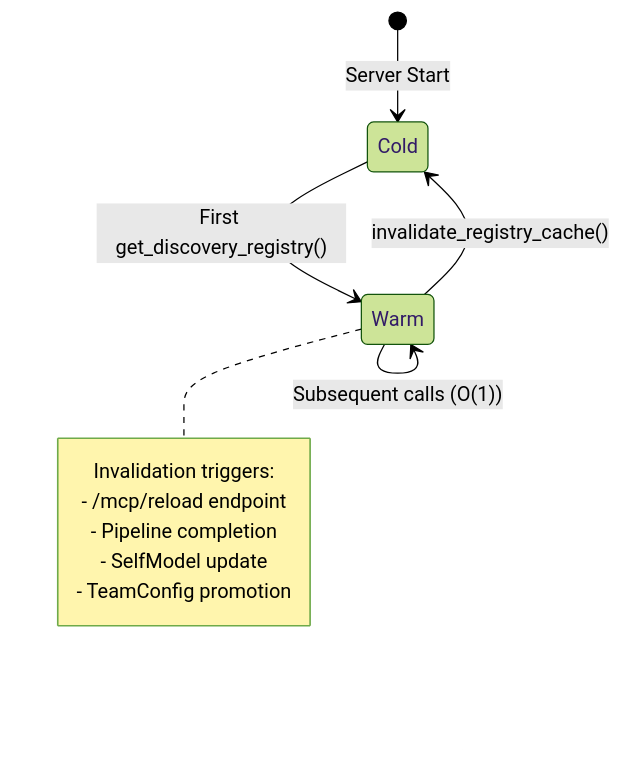
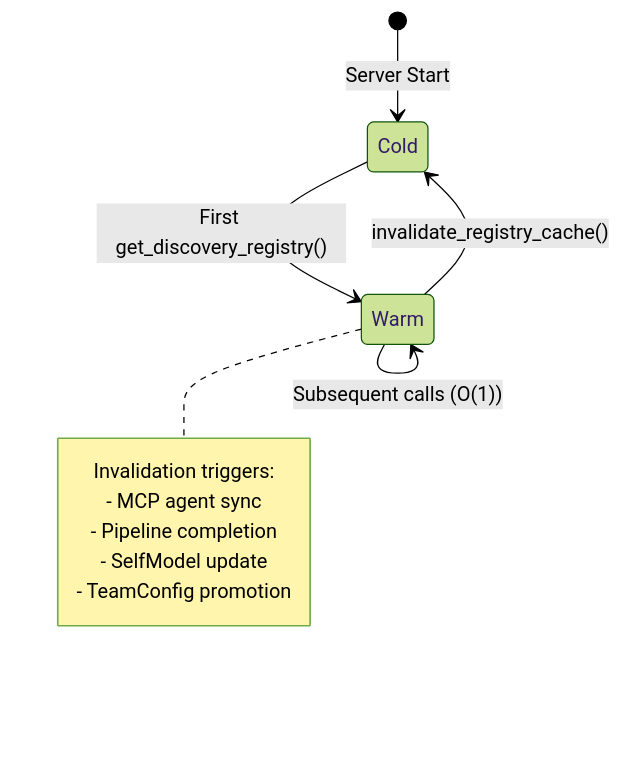
Before and after one commit to Knuckles-Team/agent-utilities: the second of 3 diagrams in docs/guides/first-principles.md, drawn with Mermaid (forest theme). The commit also changed other lines of this file and 556 other files, not shown here.

````diff
--- a/docs/guides/first-principles.md
+++ b/docs/guides/first-principles.md
@@ -87,15 +87,15 @@
 ```mermaid
 stateDiagram-v2
     [*] --> Cold: Server Start
     Cold --> Warm: First get_discovery_registry()
     Warm --> Warm: Subsequent calls (O(1))
     Warm --> Cold: invalidate_registry_cache()
 
     note right of Warm
         Invalidation triggers:
-        - /mcp/reload endpoint
+        - MCP agent sync
         - Pipeline completion
         - SelfModel update
         - TeamConfig promotion
     end note
 ```
````
